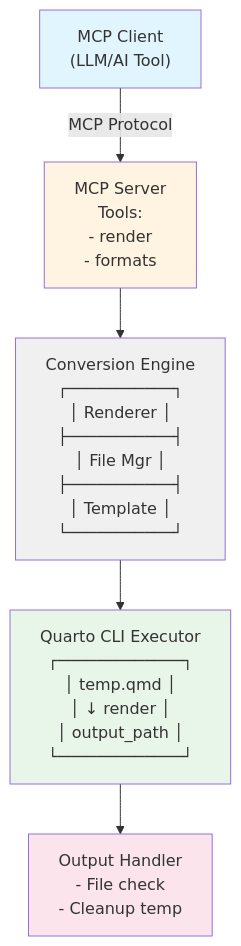
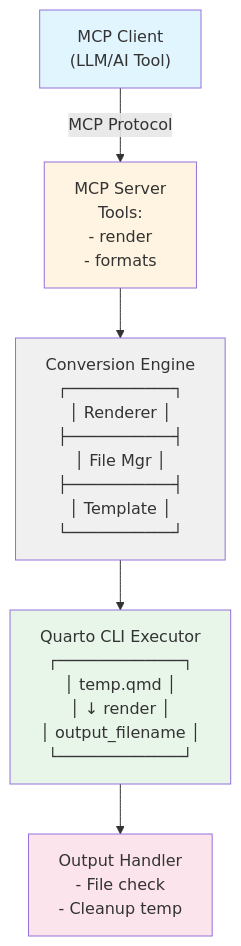
Before and after one commit to notfolder/quarto_mcp: the first of 2 diagrams in docs/SPEC.md, drawn with Mermaid. The commit also changed other lines of this file and 6 other files, not shown here.

Commit message:
出力パラメータ名を`output_path`から`output_filename`に変更し、関連するドキュメントとテストを更新

````diff
--- a/docs/SPEC.md
+++ b/docs/SPEC.md
@@ -126,13 +126,13 @@
 ```mermaid
 flowchart TD
     A["MCP Client<br/>(LLM/AI Tool)"] -->|MCP Protocol| B["MCP Server<br/>Tools:<br/>- render<br/>- formats"]
     B --> C["Conversion Engine<br/>┌───────────┐<br/>│ Renderer  │<br/>├───────────┤<br/>│ File Mgr  │<br/>├───────────┤<br/>│ Template  │<br/>└───────────┘"]
-    C --> D["Quarto CLI Executor<br/>┌─────────────┐<br/>│ temp.qmd    │<br/>│ ↓ render    │<br/>│ output_path │<br/>└─────────────┘"]
+    C --> D["Quarto CLI Executor<br/>┌─────────────┐<br/>│ temp.qmd    │<br/>│ ↓ render    │<br/>│ output_filename │<br/>└─────────────┘"]
     D --> E["Output Handler<br/>- File check<br/>- Cleanup temp"]
     
     style A fill:#e1f5ff
     style B fill:#fff4e1
     style C fill:#f0f0f0
     style D fill:#e8f5e9
     style E fill:#fce4ec
 ```
````
